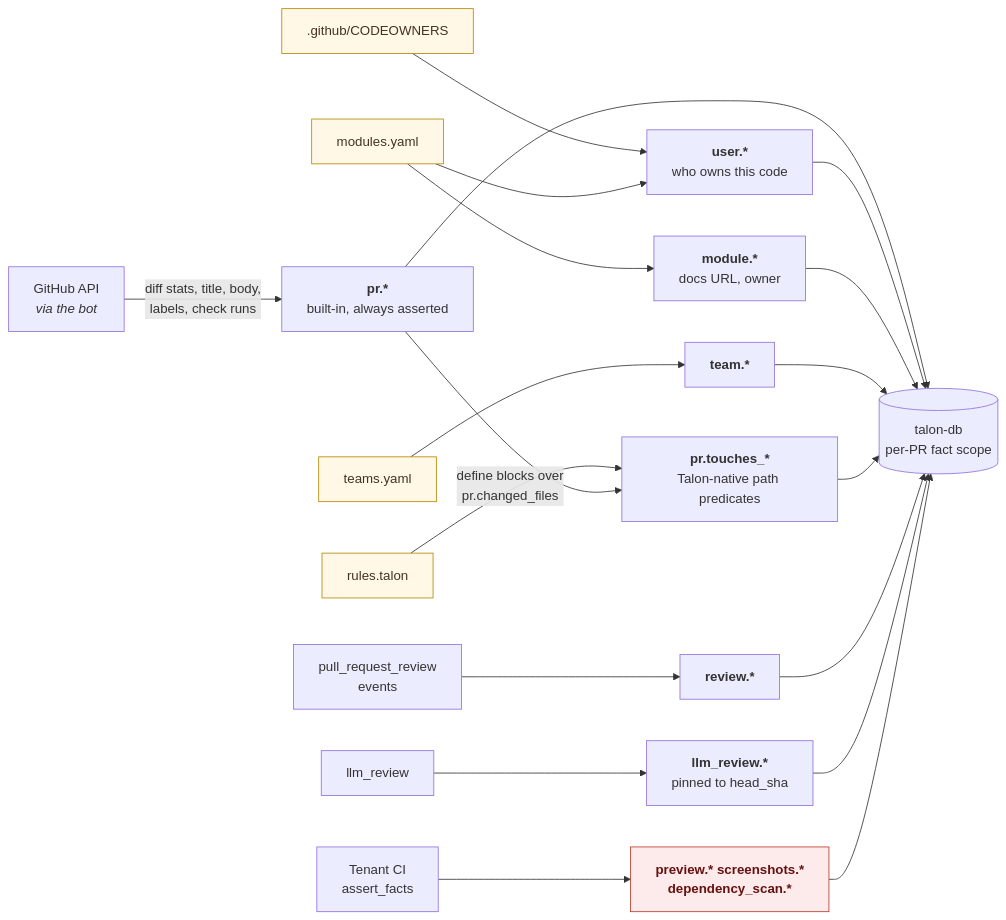
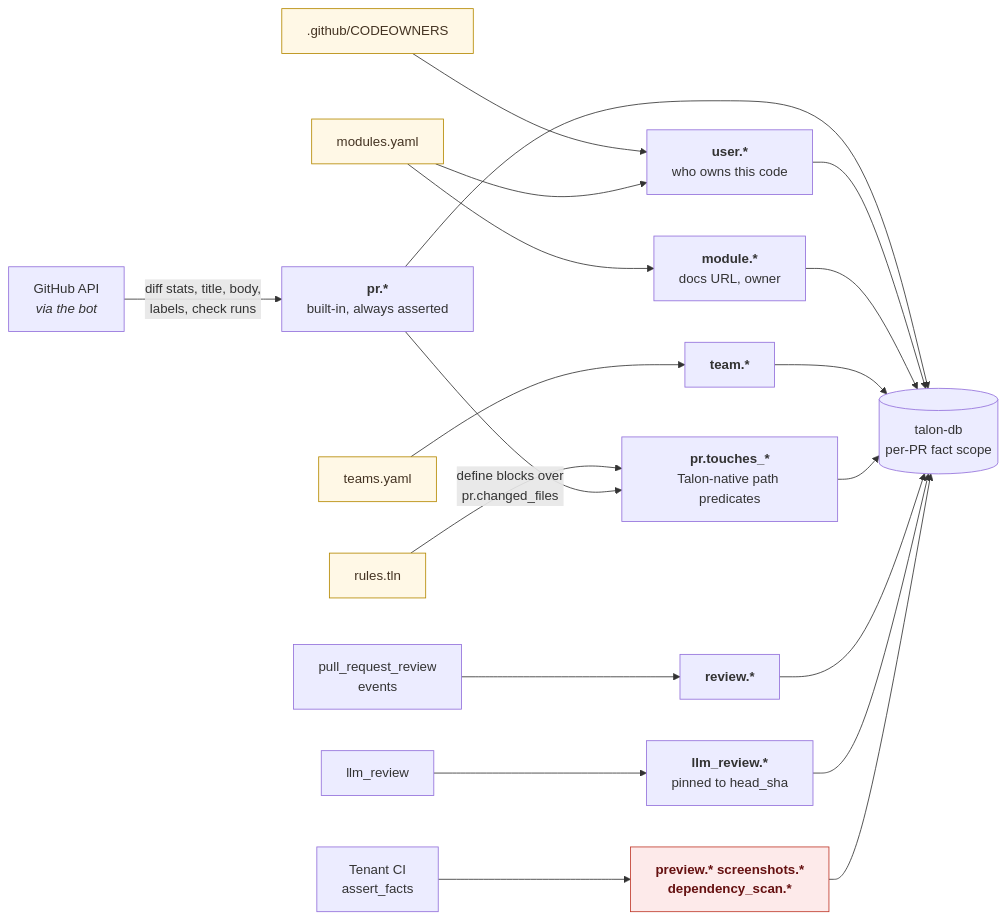
One commit to opentalon/talooner-plugin changed the sixth of 6 diagrams in diagrams.md. Above: the diagram before and after it, drawn with Mermaid. The commit also changed other lines of this file and 3 other files, not shown here.

Commit message:
Update .talon references to .tln

````diff
--- a/diagrams.md
+++ b/diagrams.md
@@ -252,27 +252,27 @@
 ```mermaid
 flowchart LR
     GHAPI["GitHub API<br/><i>via the bot</i>"] -->|"diff stats, title, body,<br/>labels, check runs"| PRF["<b>pr.*</b><br/>built-in, always asserted"]
     CO[".github/CODEOWNERS"] --> USR["<b>user.*</b><br/>who owns this code"]
     MOD["modules.yaml"] --> USR
     MOD --> MODF["<b>module.*</b><br/>docs URL, owner"]
     TEAMS["teams.yaml"] --> TF["<b>team.*</b>"]
-    RULES["rules.talon"] -->|"define blocks over<br/>pr.changed_files"| TOUCH["<b>pr.touches_*</b><br/>Talon-native path predicates"]
+    RULES["rules.tln"] -->|"define blocks over<br/>pr.changed_files"| TOUCH["<b>pr.touches_*</b><br/>Talon-native path predicates"]
     PRF --> TOUCH
     REV["pull_request_review<br/>events"] --> REVF["<b>review.*</b>"]
     ENGINE["llm_review"] --> LLMF["<b>llm_review.*</b><br/>pinned to head_sha"]
     YOURCI["Tenant CI<br/>assert_facts"] --> CUSTOM["<b>preview.* screenshots.*<br/>dependency_scan.*</b>"]
 
     PRF --> STORE[("talon-db<br/>per-PR fact scope")]
     USR --> STORE
     MODF --> STORE
     TF --> STORE
     TOUCH --> STORE
     REVF --> STORE
     LLMF --> STORE
     CUSTOM --> STORE
 
     classDef repo fill:#fff8e6,stroke:#b58900,color:#432
     classDef danger fill:#fdeaea,stroke:#c0392b,color:#611
     class CO,MOD,TEAMS,RULES repo
     class CUSTOM danger
 ```
````
